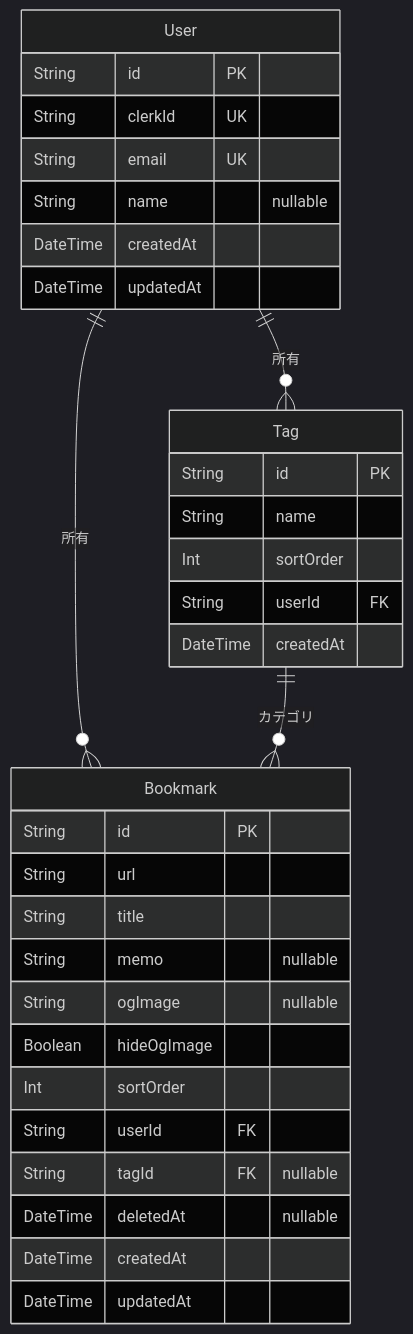
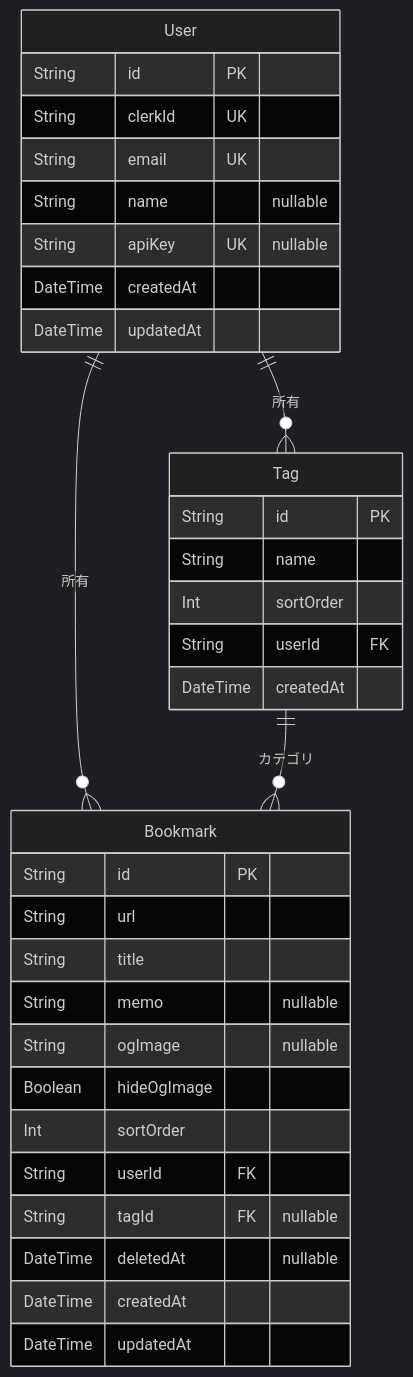
The diagram in docs/schema.md (ot-nemoto/link-hub), drawn with Mermaid (dark theme) before and after one commit. The commit also changed other lines of this file and 22 other files, not shown here.

First line of the commit message:
feat: ブックマーク取得 API（API Key 認証）を追加

````diff
--- a/docs/schema.md
+++ b/docs/schema.md
@@ -72,36 +73,37 @@
 ```mermaid
 erDiagram
     User {
         String id PK
         String clerkId UK
         String email UK
         String name "nullable"
+        String apiKey UK "nullable"
         DateTime createdAt
         DateTime updatedAt
     }
     Bookmark {
         String id PK
         String url
         String title
         String memo "nullable"
         String ogImage "nullable"
         Boolean hideOgImage
         Int sortOrder
         String userId FK
         String tagId FK "nullable"
         DateTime deletedAt "nullable"
         DateTime createdAt
         DateTime updatedAt
     }
     Tag {
         String id PK
         String name
         Int sortOrder
         String userId FK
         DateTime createdAt
     }
 
     User ||--o{ Bookmark : "所有"
     User ||--o{ Tag : "所有"
     Tag ||--o{ Bookmark : "カテゴリ"
 ```
````
